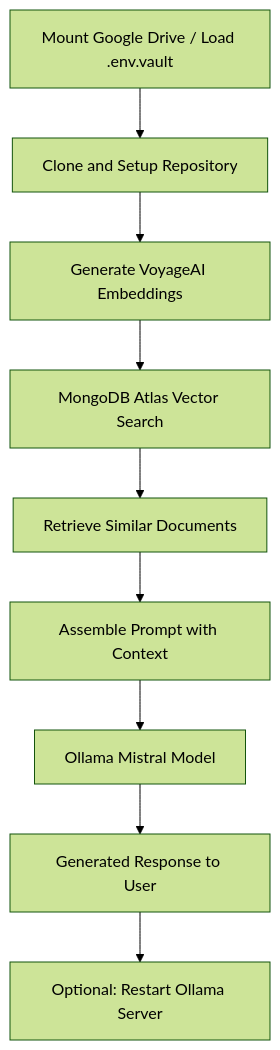
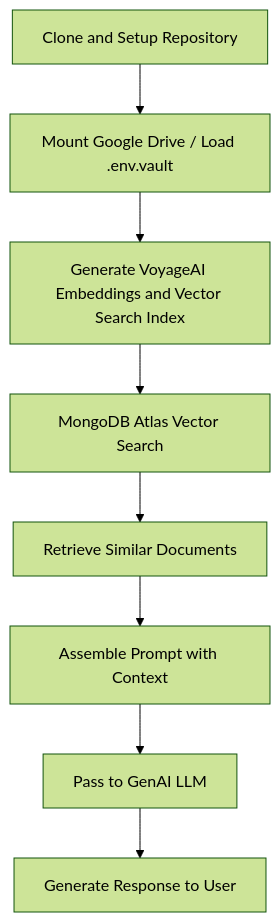
One commit to michaelford85/atlas-rag-pipeline changed the diagram in README.md. Above: the diagram before and after it, drawn with Mermaid (forest theme). The commit also changed other lines of this file, not shown here.

Commit message:
adjusted flowchart

````diff
--- a/README.md
+++ b/README.md
@@ -36,11 +32,10 @@
 ```mermaid
 flowchart TD
-    A[Mount Google Drive / Load .env.vault] --> B[Clone and Setup Repository]
-    B --> C[Generate VoyageAI Embeddings]
+    A[Clone and Setup Repository] --> B[Mount Google Drive / Load .env.vault]
+    B --> C[Generate VoyageAI Embeddings and Vector Search Index]
     C --> D[MongoDB Atlas Vector Search]
     D --> E[Retrieve Similar Documents]
     E --> F[Assemble Prompt with Context]
-    F --> G[Ollama Mistral Model]
-    G --> H[Generated Response to User]
-    H --> I[Optional: Restart Ollama Server]
+    F --> G[Pass to GenAI LLM]
+    G --> H[Generate Response to User]
 ```
````
